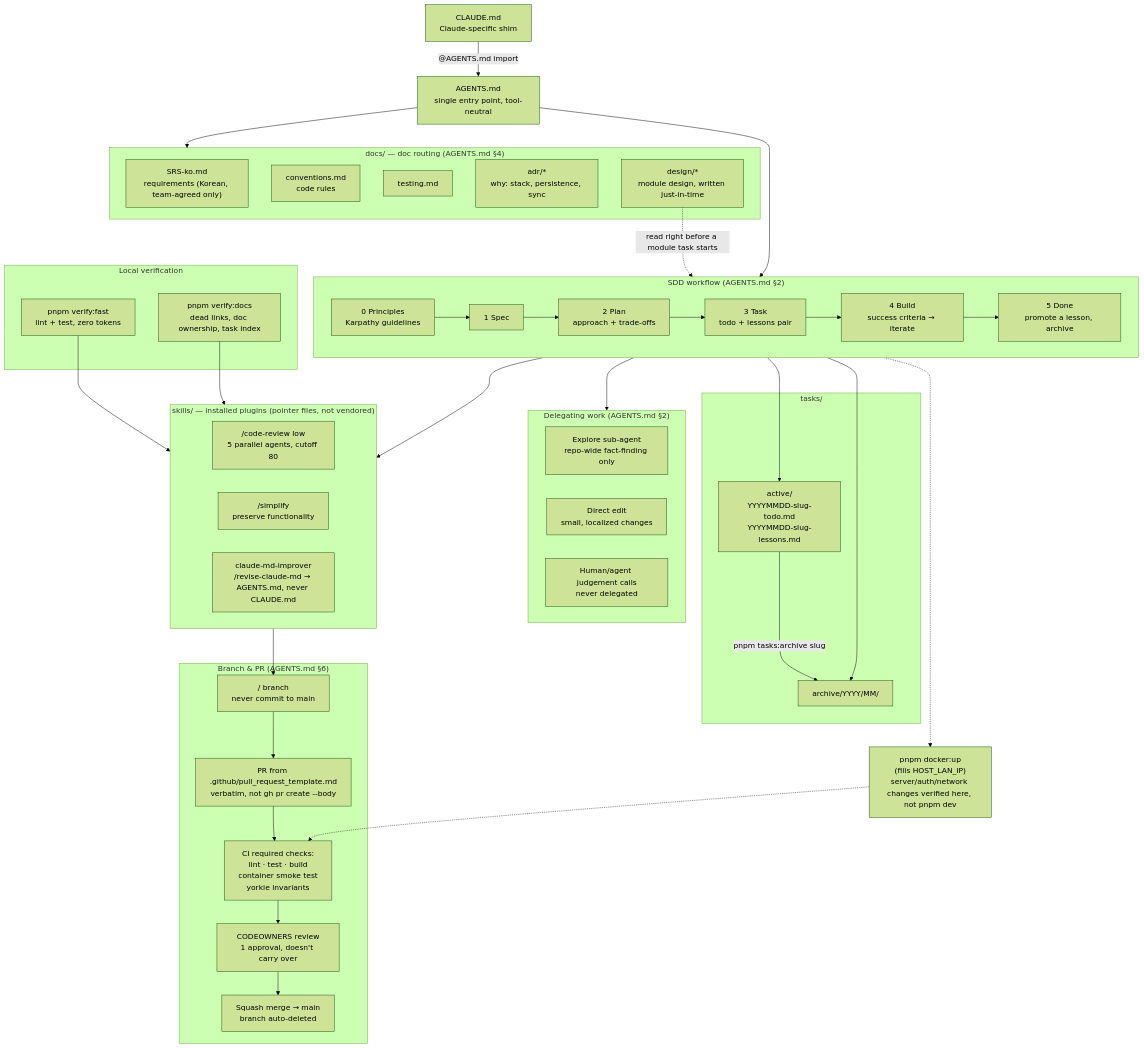
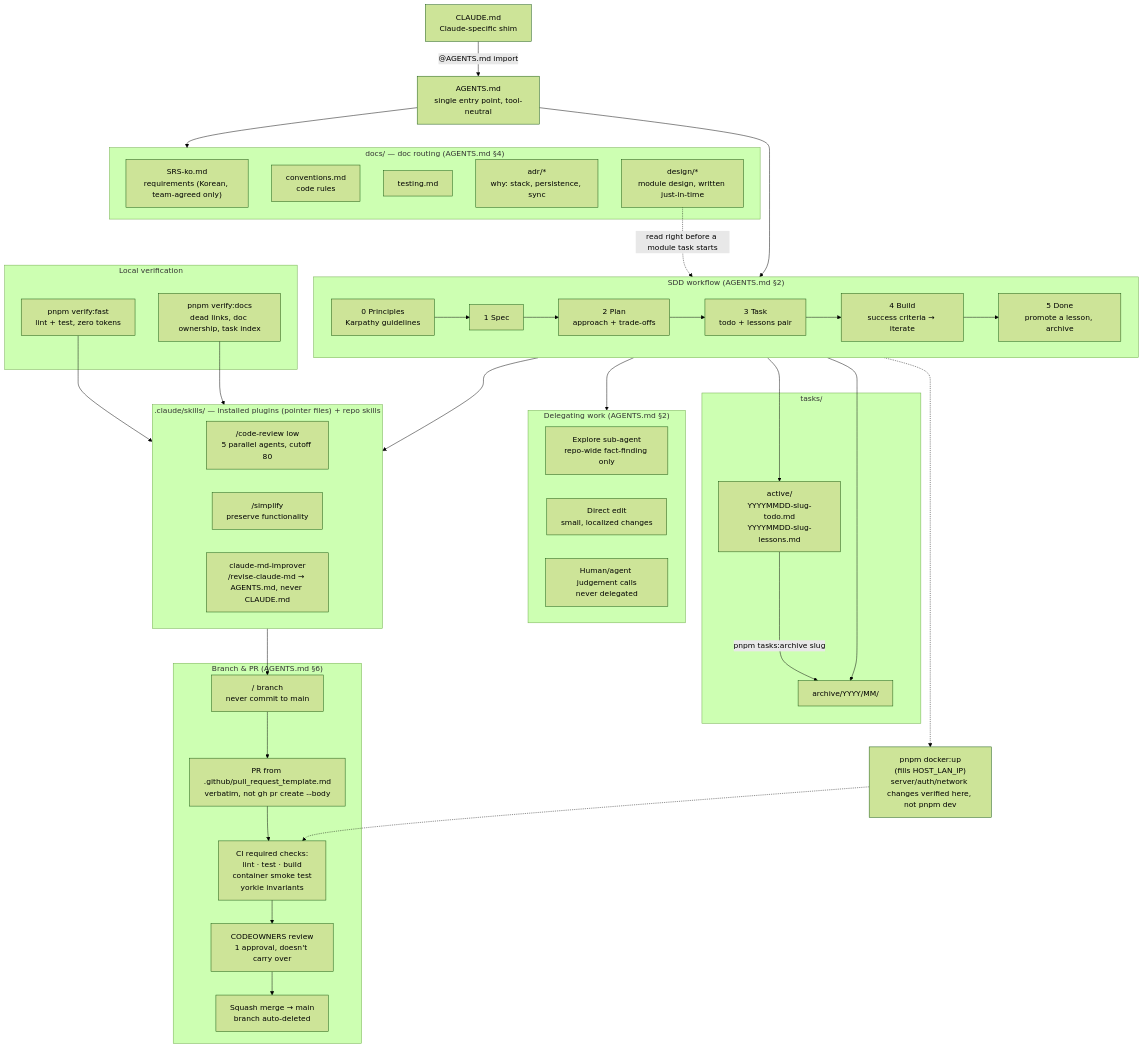
One commit to CBNU-TeamH/RMF-Block changed the diagram in HARNESS-ARCHITECTURE.md. Above: the diagram before and after it, drawn with Mermaid (forest theme). The commit also changed other lines of this file and 35 other files, not shown here.

````diff
--- a/HARNESS-ARCHITECTURE.md
+++ b/HARNESS-ARCHITECTURE.md
@@ -7,66 +7,66 @@
 ```mermaid
 graph TB
   CLAUDE["CLAUDE.md<br/>Claude-specific shim"] -->|"@AGENTS.md import"| AGENTS["AGENTS.md<br/>single entry point, tool-neutral"]
 
   subgraph Docs["docs/ — doc routing (AGENTS.md §4)"]
     SRS["SRS-ko.md<br/>requirements (Korean, team-agreed only)"]
     Conventions["conventions.md<br/>code rules"]
     Testing["testing.md"]
     ADR["adr/*<br/>why: stack, persistence, sync"]
     Design["design/*<br/>module design, written just-in-time"]
   end
   AGENTS --> Docs
 
   subgraph Workflow["SDD workflow (AGENTS.md §2)"]
     direction LR
     Principles["0 Principles<br/>Karpathy guidelines"] --> Spec["1 Spec"]
     Spec --> Plan["2 Plan<br/>approach + trade-offs"]
     Plan --> Task["3 Task<br/>todo + lessons pair"]
     Task --> Build["4 Build<br/>success criteria → iterate"]
     Build --> Done["5 Done<br/>promote a lesson, archive"]
   end
   AGENTS --> Workflow
   Design -.->|"read right before a module task starts"| Task
 
   subgraph Tasks["tasks/"]
     Active["active/<br/>YYYYMMDD-slug-todo.md<br/>YYYYMMDD-slug-lessons.md"]
     Archive["archive/YYYY/MM/"]
     Active -->|"pnpm tasks:archive slug"| Archive
   end
   Task --> Active
   Done --> Archive
 
   subgraph Delegation["Delegating work (AGENTS.md §2)"]
     Explore["Explore sub-agent<br/>repo-wide fact-finding only"]
     Direct["Direct edit<br/>small, localized changes"]
     Human["Human/agent judgement calls<br/>never delegated"]
   end
   Build --> Delegation
 
-  subgraph Skills["skills/ — installed plugins (pointer files, not vendored)"]
+  subgraph Skills[".claude/skills/ — installed plugins (pointer files) + repo skills"]
     CodeReview["/code-review low<br/>5 parallel agents, cutoff 80"]
     Simplify["/simplify<br/>preserve functionality"]
     ClaudeMd["claude-md-improver<br/>/revise-claude-md → AGENTS.md, never CLAUDE.md"]
   end
   Build --> Skills
 
   subgraph Verify["Local verification"]
     VerifyFast["pnpm verify:fast<br/>lint + test, zero tokens"]
     VerifyDocs["pnpm verify:docs<br/>dead links, doc ownership, task index"]
   end
   VerifyFast --> Skills
   VerifyDocs --> Skills
 
   subgraph PRFlow["Branch & PR (AGENTS.md §6)"]
     Branch["<type>/<slug> branch<br/>never commit to main"]
     Template["PR from .github/pull_request_template.md<br/>verbatim, not gh pr create --body"]
     CI["CI required checks:<br/>lint · test · build<br/>container smoke test<br/>yorkie invariants"]
     CodeOwners["CODEOWNERS review<br/>1 approval, doesn't carry over"]
     Squash["Squash merge → main<br/>branch auto-deleted"]
   end
   Skills --> Branch --> Template --> CI --> CodeOwners --> Squash
 
   ContainerRun["pnpm docker:up<br/>(fills HOST_LAN_IP)<br/>server/auth/network changes verified here, not pnpm dev"]
   Build -.-> ContainerRun
   ContainerRun -.-> CI
 ```
````
